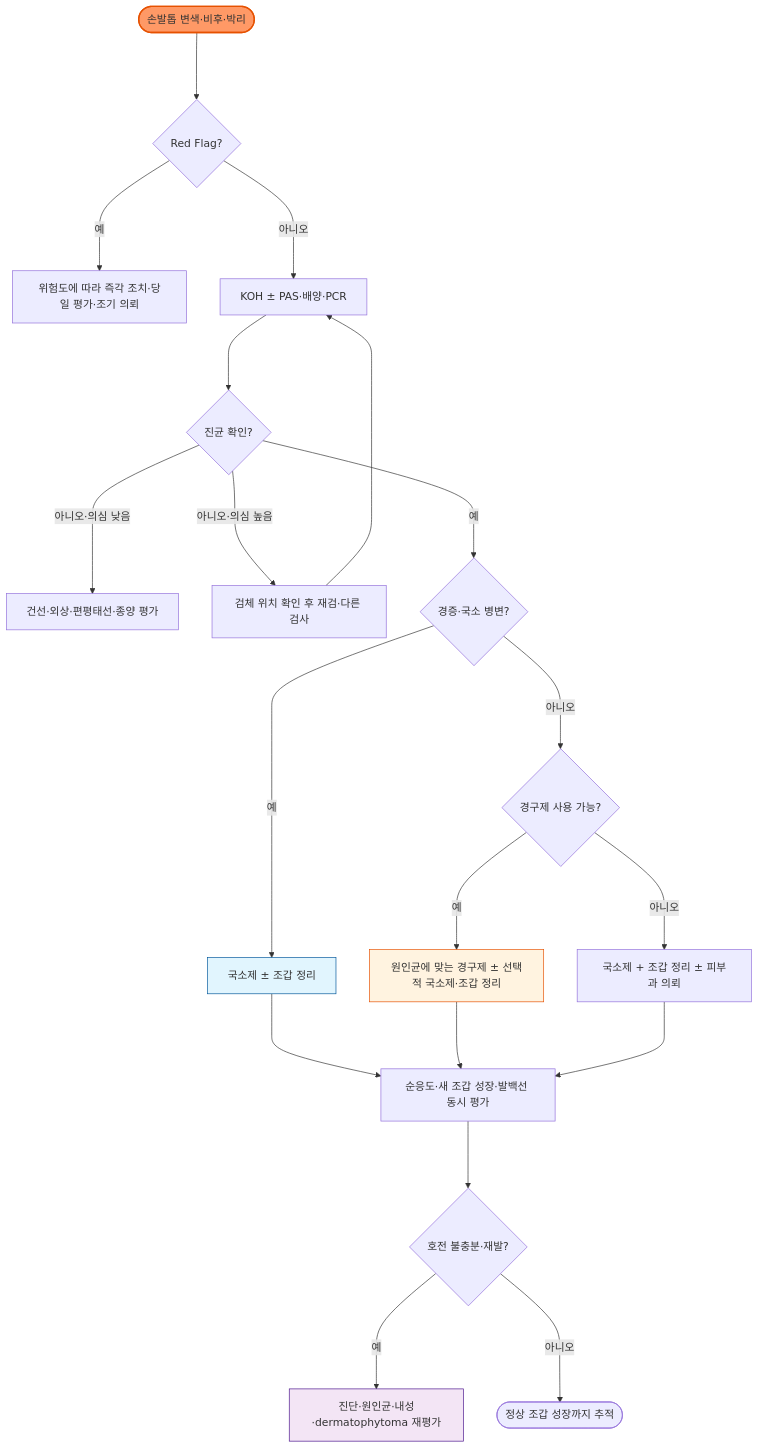
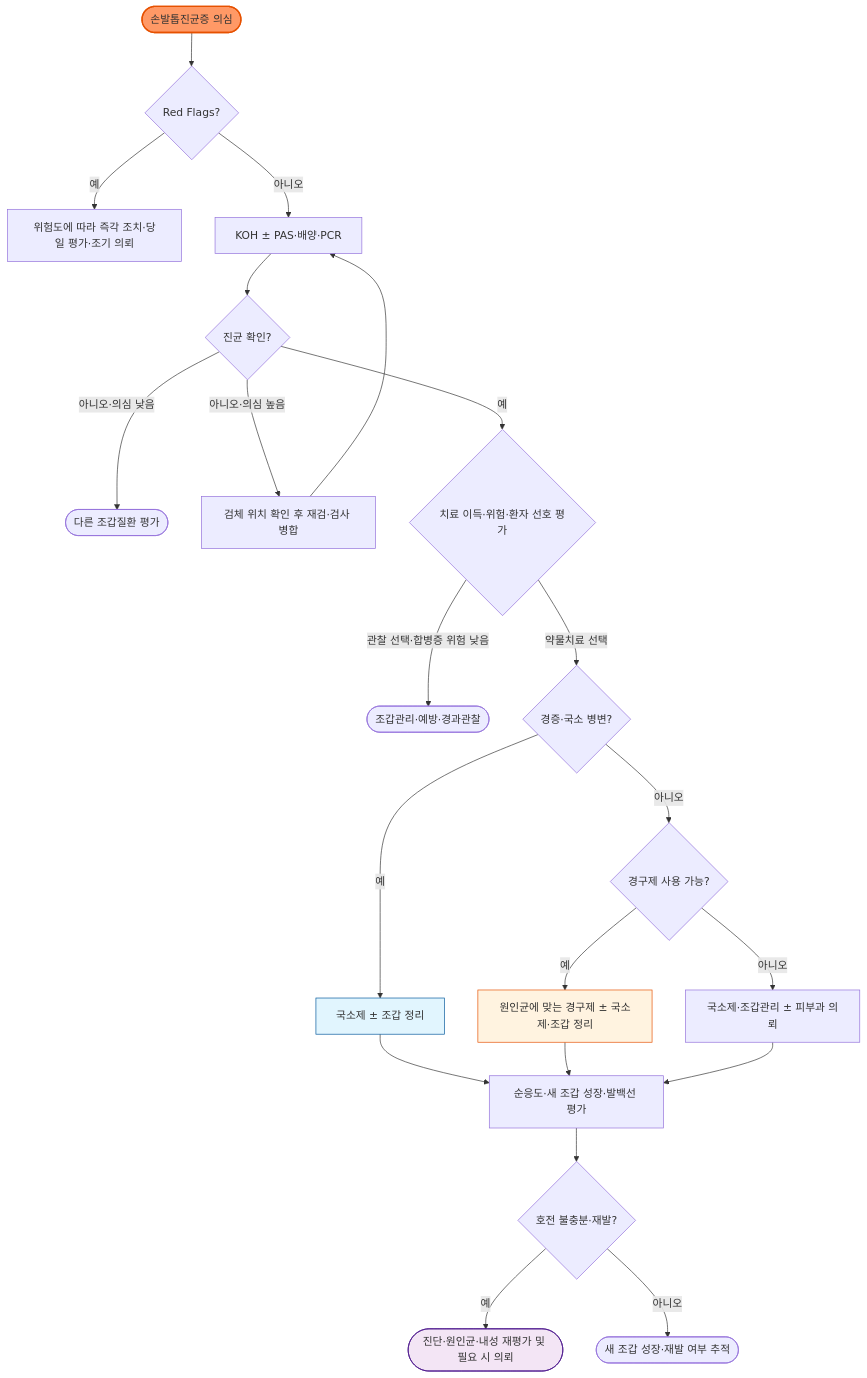
The diagram in 229_/173_-onychomycosis.md (familyoh77/familyoh77), drawn with Mermaid before and after one commit. The commit also changed other lines of this file and 20 other files, not shown here.

````diff
--- a/229_/173_-onychomycosis.md
+++ b/229_/173_-onychomycosis.md
@@ -105,25 +109,27 @@
 ```mermaid
 flowchart TB
-    A([손발톱 변색·비후·박리]) ---> B{Red Flag?}
-    B -- 예 ---> C[위험도에 따라 즉각 조치·당일 평가·조기 의뢰]
-    B -- 아니오 ---> D[KOH ± PAS·배양·PCR]
-    D ---> E{진균 확인?}
-    E -- 아니오·의심 낮음 ---> F[건선·외상·편평태선·종양 평가]
-    E -- 아니오·의심 높음 ---> G[검체 위치 확인 후 재검·다른 검사]
-    G ---> D
-    E -- 예 ---> H{경증·국소 병변?}
-    H -- 예 ---> I[국소제 ± 조갑 정리]
-    H -- 아니오 ---> J{경구제 사용 가능?}
-    J -- 예 ---> K[원인균에 맞는 경구제 ± 선택적 국소제·조갑 정리]
-    J -- 아니오 ---> L[국소제 + 조갑 정리 ± 피부과 의뢰]
-    I ---> M[순응도·새 조갑 성장·발백선 동시 평가]
-    K ---> M
-    L ---> M
-    M ---> N{호전 불충분·재발?}
-    N -- 예 ---> O[진단·원인균·내성·dermatophytoma 재평가]
-    N -- 아니오 ---> P([정상 조갑 성장까지 추적])
+    A(["손발톱진균증 의심"]) --> B{"Red Flags?"}
+    B -- "예" --> C["위험도에 따라 즉각 조치·당일 평가·조기 의뢰"]
+    B -- "아니오" --> D["KOH ± PAS·배양·PCR"]
+    D --> E{"진균 확인?"}
+    E -- "아니오·의심 낮음" --> F(["다른 조갑질환 평가"])
+    E -- "아니오·의심 높음" --> G["검체 위치 확인 후 재검·검사 병합"]
+    G --> D
+    E -- "예" --> Q{"치료 이득·위험·환자 선호 평가"}
+    Q -- "관찰 선택·합병증 위험 낮음" --> R(["조갑관리·예방·경과관찰"])
+    Q -- "약물치료 선택" --> H{"경증·국소 병변?"}
+    H -- "예" --> I["국소제 ± 조갑 정리"]
+    H -- "아니오" --> J{"경구제 사용 가능?"}
+    J -- "예" --> K["원인균에 맞는 경구제 ± 국소제·조갑 정리"]
+    J -- "아니오" --> L["국소제·조갑관리 ± 피부과 의뢰"]
+    I --> M["순응도·새 조갑 성장·발백선 평가"]
+    K --> M
+    L --> M
+    M --> N{"호전 불충분·재발?"}
+    N -- "예" --> O(["진단·원인균·내성 재평가 및 필요 시 의뢰"])
+    N -- "아니오" --> P(["새 조갑 성장·재발 여부 추적"])
     style A fill:#f96,stroke:#e65100,stroke-width:2px
     style I fill:#e1f5fe,stroke:#01579b
     style K fill:#fff3e0,stroke:#e65100
     style O fill:#f3e5f5,stroke:#4a148c
 ```
````
